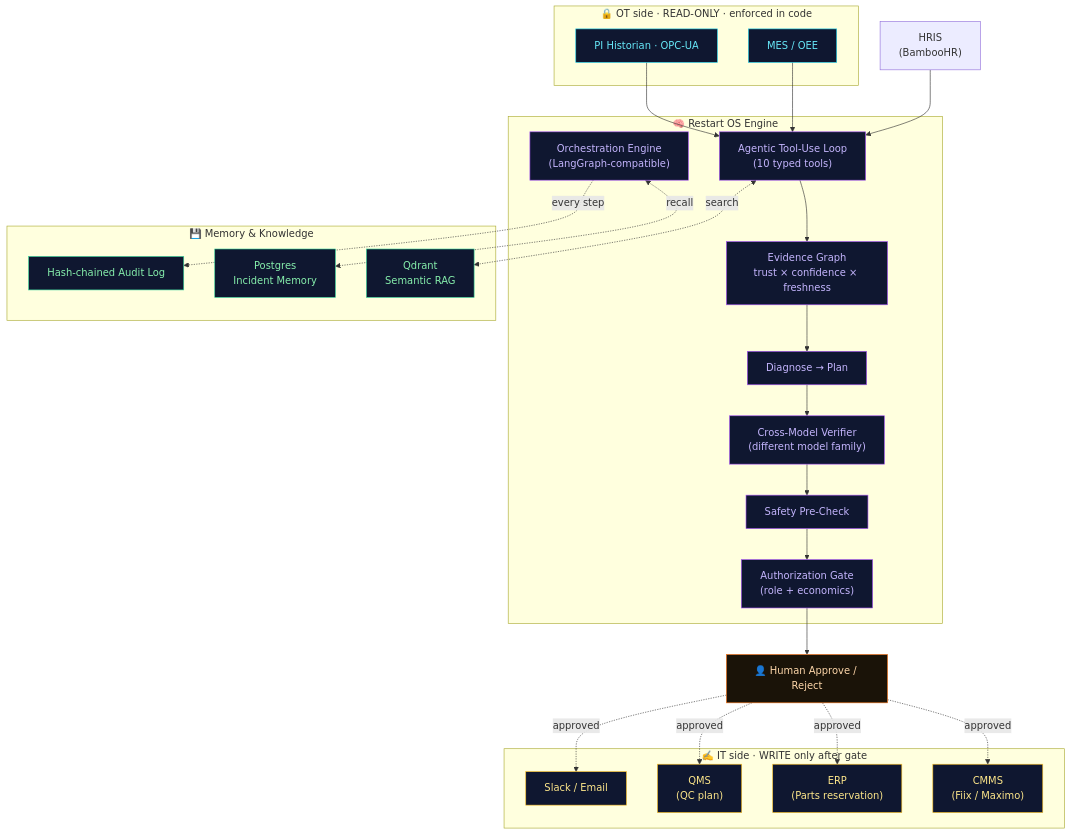
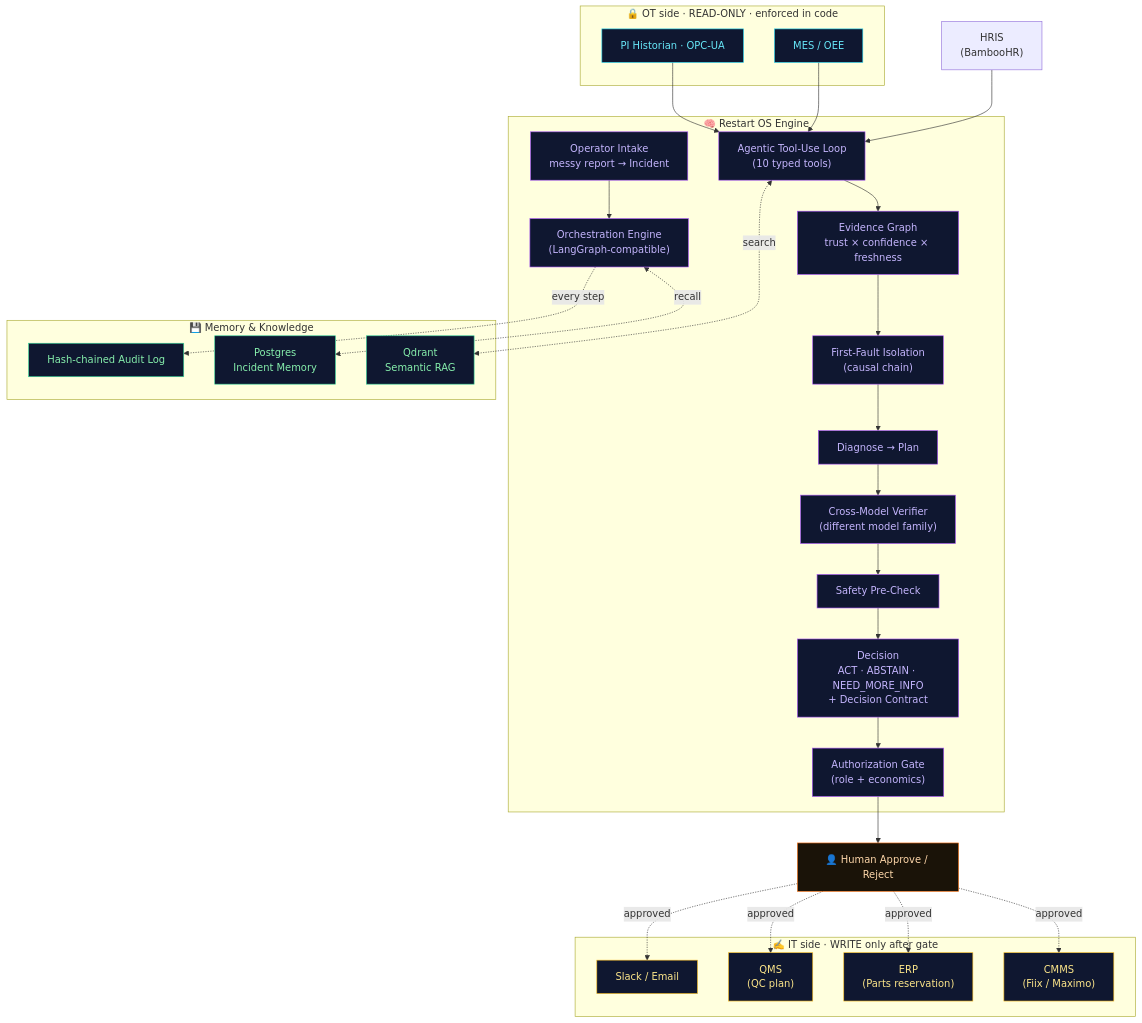
One commit to Avvv19/restartos-agentic-line-recovery changed the diagram in README.md. Above: the diagram before and after it, drawn with Mermaid. The commit also changed other lines of this file and 2 other files, not shown here.

Commit message:
docs: reflect the intake → decision layer across README, SOLUTION, walkthrough
- README: add intake.py/causal.py/contracts.py to the file map; add /api/intake
  and the freeform-message form of /api/run to the endpoints table; extend the
  architecture diagram with Operator Intake, First-Fault Isolation, the
  three-way decision, and the Decision Contract
- SOLUTION.md: goal can be a freeform report; flow now covers intake, first-fault,
  pattern mining, tribal-knowledge capture, the three-way decision, Decision
  Contract and Escalation Packet; corrected the test count
- END_TO_END.md: add Operator Intake + First-Fault stages and the three-way
  decision to the architecture; document /api/intake; note the Decision Contract
  and Escalation Packet outputs

````diff
--- a/README.md
+++ b/README.md
@@ -236,62 +236,68 @@
 ```mermaid
 flowchart TD
     subgraph OT["🔒 OT side · READ-ONLY · enforced in code"]
         H["PI Historian · OPC-UA"]
         M["MES / OEE"]
     end
 
     subgraph CORE["🧠 Restart OS Engine"]
+        IN["Operator Intake<br/>messy report → Incident"]
         OE["Orchestration Engine<br/>(LangGraph-compatible)"]
         AL["Agentic Tool-Use Loop<br/>(10 typed tools)"]
         EG["Evidence Graph<br/>trust × confidence × freshness"]
+        FF["First-Fault Isolation<br/>(causal chain)"]
         DV["Diagnose → Plan"]
         CV["Cross-Model Verifier<br/>(different model family)"]
         SF["Safety Pre-Check"]
+        DC["Decision<br/>ACT · ABSTAIN · NEED_MORE_INFO<br/>+ Decision Contract"]
         GT["Authorization Gate<br/>(role + economics)"]
     end
 
     subgraph MEM["💾 Memory & Knowledge"]
         QD["Qdrant<br/>Semantic RAG"]
         PG["Postgres<br/>Incident Memory"]
         AU["Hash-chained Audit Log"]
     end
 
     subgraph IT["✍️ IT side · WRITE only after gate"]
         CMMS["CMMS<br/>(Fiix / Maximo)"]
         ERP["ERP<br/>(Parts reservation)"]
         QMS["QMS<br/>(QC plan)"]
         NOT["Slack / Email"]
     end
 
     HRIS["HRIS<br/>(BambooHR)"]
     HUMAN["👤 Human Approve / Reject"]
 
+    IN --> OE
     H --> AL
     M --> AL
     HRIS --> AL
     AL --> EG
-    EG --> DV
+    EG --> FF
+    FF --> DV
     DV --> CV
     CV --> SF
-    SF --> GT
+    SF --> DC
+    DC --> GT
     GT --> HUMAN
     HUMAN -.approved.-> CMMS
     HUMAN -.approved.-> ERP
     HUMAN -.approved.-> QMS
     HUMAN -.approved.-> NOT
     AL <-.search.-> QD
     OE <-.recall.-> PG
     OE -.every step.-> AU
 
     classDef ot fill:#0f1730,stroke:#22d3ee,color:#67e8f9
     classDef core fill:#0f1730,stroke:#a855f7,color:#c4b5fd
     classDef mem fill:#0f1730,stroke:#34d399,color:#86efac
     classDef it fill:#0f1730,stroke:#fbbf24,color:#fde68a
     classDef human fill:#1a1308,stroke:#f97316,color:#fed7aa
 
     class H,M ot
-    class OE,AL,EG,DV,CV,SF,GT core
+    class IN,OE,AL,EG,FF,DV,CV,SF,DC,GT core
     class QD,PG,AU mem
     class CMMS,ERP,QMS,NOT it
     class HUMAN human
 ```
````
